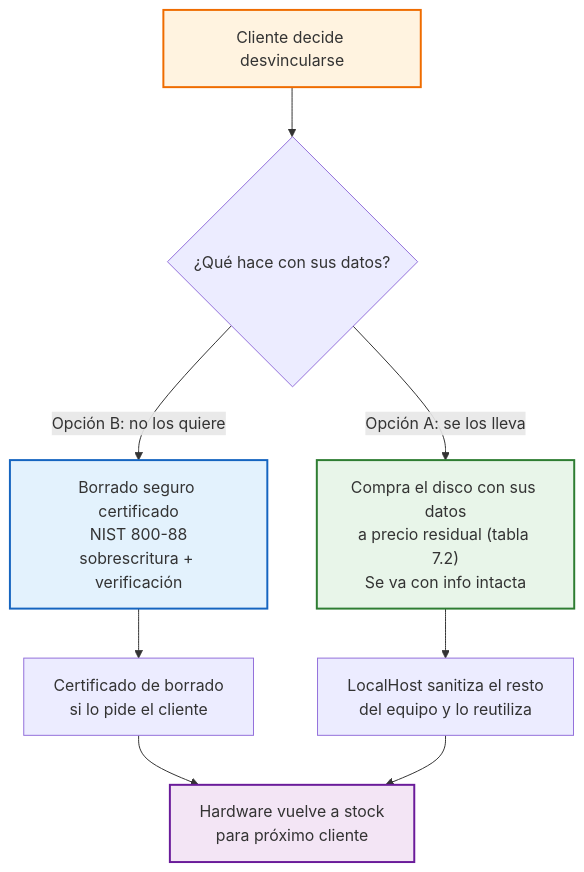
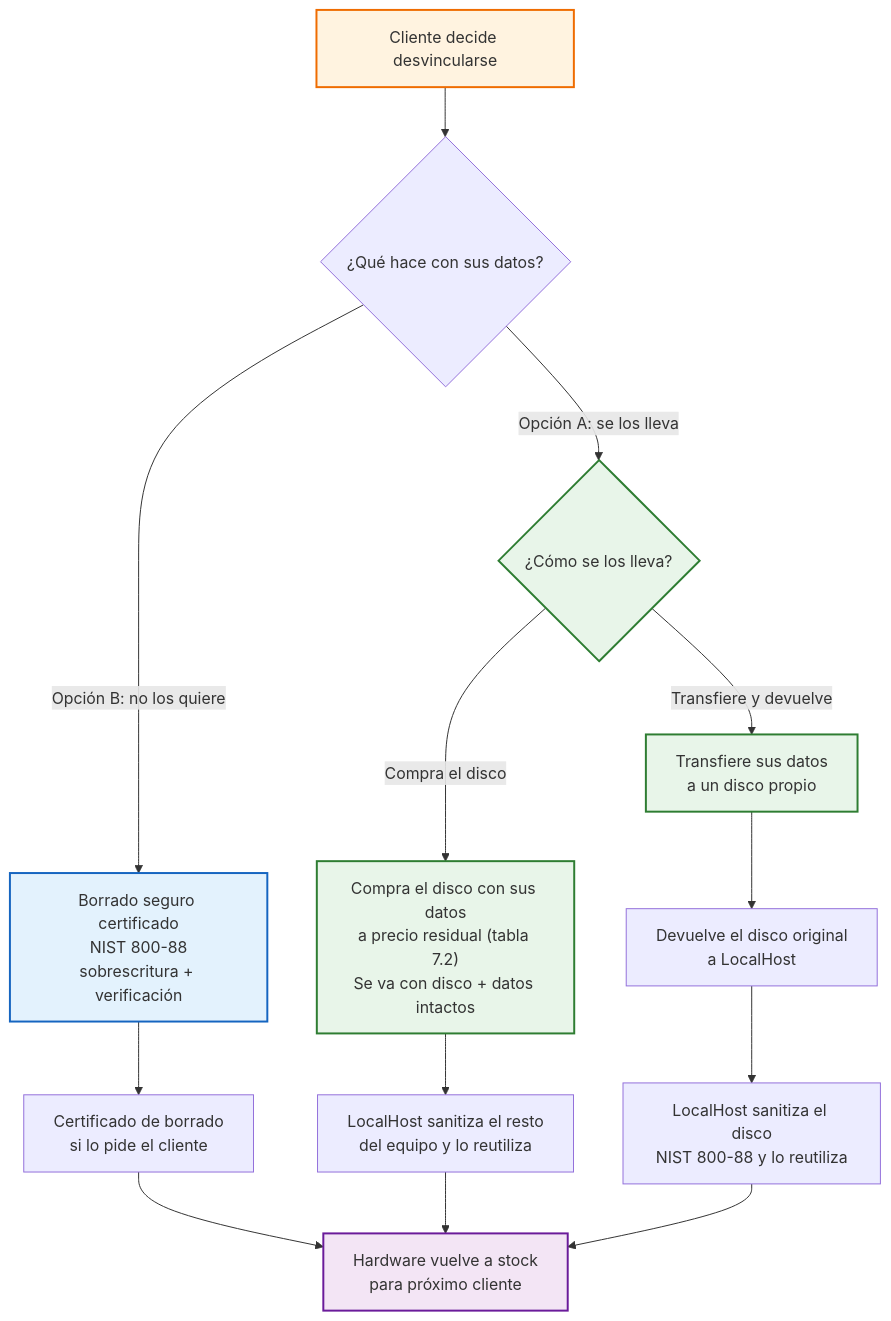
The second of 3 diagrams in ingenieria-de-software/localhost/localhost-documento-y-canvas.md (nachosag/obsidian-notes), drawn with Mermaid before and after one commit. The commit also changed other lines of this file and 9 other files, not shown here.

````diff
--- a/ingenieria-de-software/localhost/localhost-documento-y-canvas.md
+++ b/ingenieria-de-software/localhost/localhost-documento-y-canvas.md
@@ -350,18 +366,27 @@
 ```mermaid
 flowchart TD
     A["Cliente decide desvincularse"] --> B{"¿Qué hace con sus datos?"}
 
-    B -->|"Opción A: se los lleva"| C["Compra el disco con sus datos<br/>a precio residual (tabla 7.2)<br/>Se va con info intacta"]
-    C --> D["LocalHost sanitiza el resto<br/>del equipo y lo reutiliza"]
+    B -->|"Opción A: se los lleva"| C{"¿Cómo se los lleva?"}
+
+    C -->|"Compra el disco"| C1["Compra el disco con sus datos<br/>a precio residual (tabla 7.2)<br/>Se va con disco + datos intactos"]
+    C1 --> D1["LocalHost sanitiza el resto<br/>del equipo y lo reutiliza"]
+
+    C -->|"Transfiere y devuelve"| C2["Transfiere sus datos<br/>a un disco propio"]
+    C2 --> D2["Devuelve el disco original<br/>a LocalHost"]
+    D2 --> D3["LocalHost sanitiza el disco<br/>NIST 800-88 y lo reutiliza"]
 
     B -->|"Opción B: no los quiere"| E["Borrado seguro certificado<br/>NIST 800-88<br/>sobrescritura + verificación"]
     E --> F["Certificado de borrado<br/>si lo pide el cliente"]
     F --> G["Hardware vuelve a stock<br/>para próximo cliente"]
 
-    D --> G
+    D1 --> G
+    D3 --> G
 
     style A fill:#fff3e0,stroke:#ef6c00,stroke-width:2px
     style C fill:#e8f5e9,stroke:#2e7d32,stroke-width:2px
+    style C1 fill:#e8f5e9,stroke:#2e7d32,stroke-width:2px
+    style C2 fill:#e8f5e9,stroke:#2e7d32,stroke-width:2px
     style E fill:#e3f2fd,stroke:#1565c0,stroke-width:2px
     style G fill:#f3e5f5,stroke:#6a1b9a,stroke-width:2px
 ```
````
